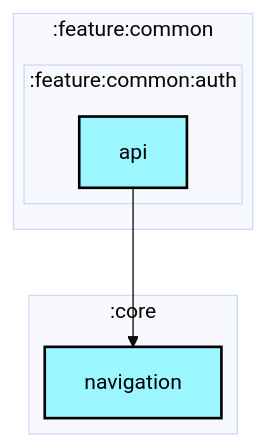
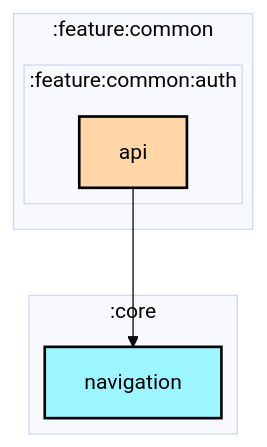
The first of 2 diagrams in architecture/ParentalControlApps/feature/common/auth/api/README.md (jadavchirag/jadavchirag), drawn with Mermaid (base theme) before and after one commit. The commit also changed 26 other files, not shown here.

Commit message:
fixed feature module colors in graphs

````diff
--- a/architecture/ParentalControlApps/feature/common/auth/api/README.md
+++ b/architecture/ParentalControlApps/feature/common/auth/api/README.md
@@ -6,29 +6,29 @@
 ```mermaid
 ---
 config:
   layout: elk
   elk:
     nodePlacementStrategy: SIMPLE
 ---
 graph TB
   subgraph :feature:common
     direction TB
     subgraph :feature:common:auth
       direction TB
-      :feature:common:auth:api[api]:::android-library
+      :feature:common:auth:api[api]:::android-feature
     end
   end
   subgraph :core
     direction TB
     :core:navigation[navigation]:::android-library
   end
 
   :feature:common:auth:api --> :core:navigation
 
 classDef android-application fill:#CAFFBF,stroke:#000,stroke-width:2px,color:#000;
 classDef android-feature fill:#FFD6A5,stroke:#000,stroke-width:2px,color:#000;
 classDef android-library fill:#9BF6FF,stroke:#000,stroke-width:2px,color:#000;
 classDef android-test fill:#A0C4FF,stroke:#000,stroke-width:2px,color:#000;
 classDef jvm-library fill:#BDB2FF,stroke:#000,stroke-width:2px,color:#000;
 classDef unknown fill:#FFADAD,stroke:#000,stroke-width:2px,color:#000;
 ```
````
